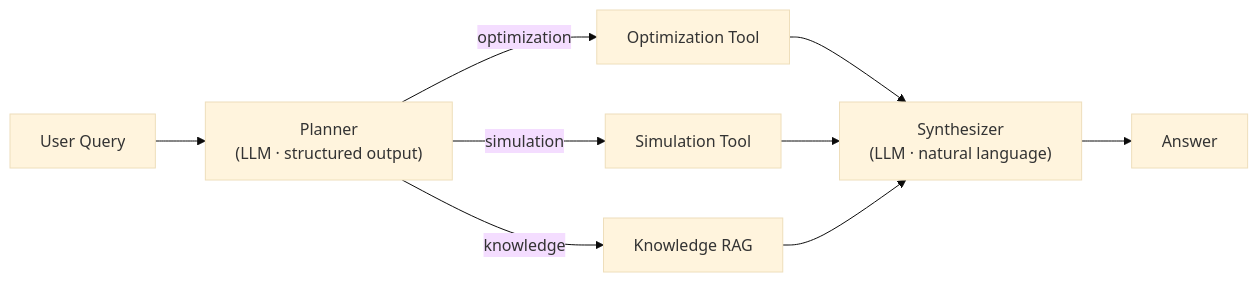
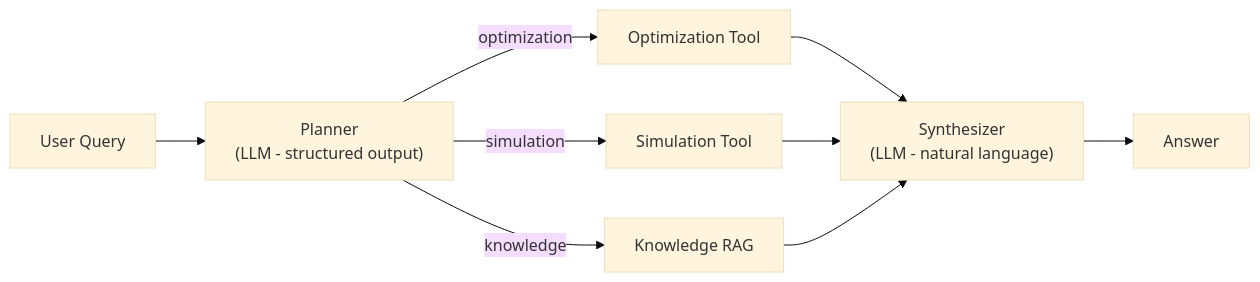
One commit to gmateosAWS/decision-intelligence-agent changed the second of 3 diagrams in README.md. Above: the diagram before and after it, drawn with Mermaid (base theme). The commit also changed other lines of this file, not shown here.

````diff
--- a/README.md
+++ b/README.md
@@ -112,19 +125,19 @@
 ```mermaid
 flowchart LR
     User[User Query]
-    Planner["Planner<br/>(LLM · structured output)"]
+    Planner["Planner\n(LLM - structured output)"]
     Opt[Optimization Tool]
     Sim[Simulation Tool]
     Know[Knowledge RAG]
-    Synth["Synthesizer<br/>(LLM · natural language)"]
+    Synth["Synthesizer\n(LLM - natural language)"]
     Answer[Answer]
 
     User --> Planner
     Planner -->|optimization| Opt
     Planner -->|simulation| Sim
     Planner -->|knowledge| Know
     Opt --> Synth
     Sim --> Synth
     Know --> Synth
     Synth --> Answer
 ```
````
